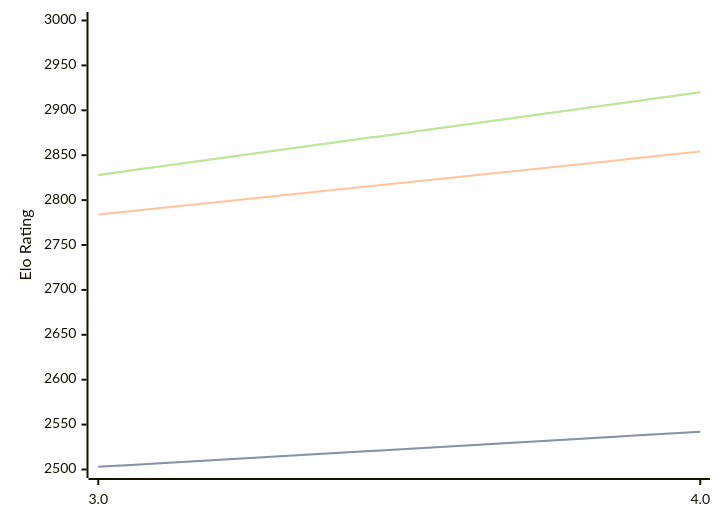
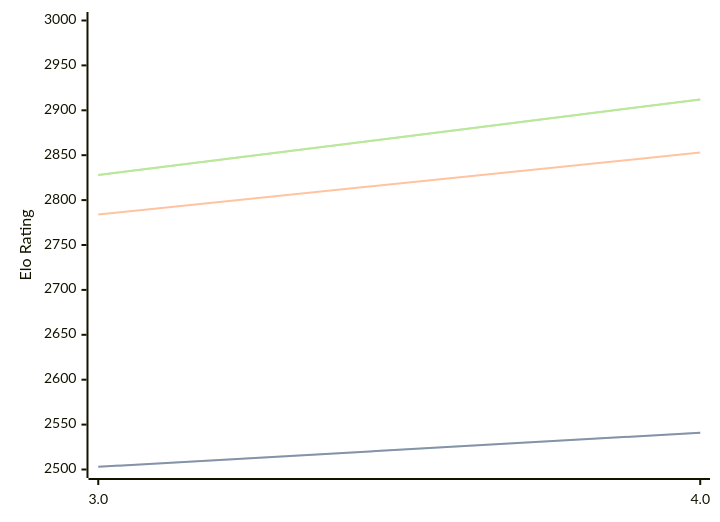
One commit to computer-chess-index/cci changed the diagram in engines/Chess3.md. Above: the diagram before and after it, drawn with Mermaid. The commit also changed other lines of this file, not shown here.

Commit message:
Update CCI Ratings (ELO VLTC) - 2026-04-06

````diff
--- a/engines/Chess3.md
+++ b/engines/Chess3.md
@@ -34,11 +34,11 @@
 ```mermaid
 %%{init: {"theme":"base","themeVariables":{"seriesColors:['#a3a3a3','#222221','#faa371']}}}%%
 xychart-beta
   x-axis ["3.0", "4.0"]
   y-axis "Elo Rating" 2500 --> 3000
-  line "STC (8.0+0.08s)" [2503, 2542]
-  line "STC (8.0+0.08s)" [2503, 2542]
-  line "LTC (60.0+0.60s)" [2784, 2854]
-  line "VLTC (2m24s+1.12s)" [2828, 2920]
-  line "VLTC (2m24s+1.12s)" [2828, 2920]
+  line "STC (8.0+0.08s)" [2503, 2541]
+  line "STC (8.0+0.08s)" [2503, 2541]
+  line "LTC (60.0+0.60s)" [2784, 2853]
+  line "VLTC (2m24s+1.12s)" [2828, 2912]
+  line "VLTC (2m24s+1.12s)" [2828, 2912]
 ```
````
